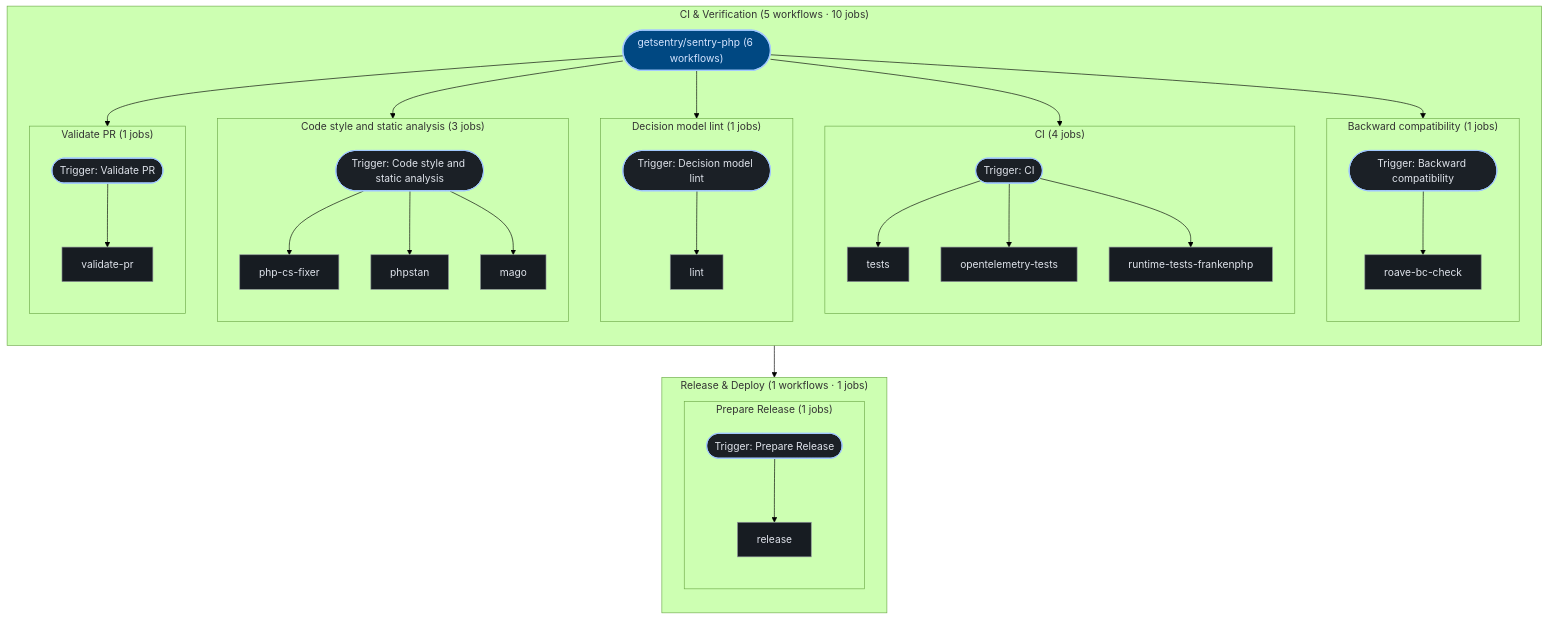
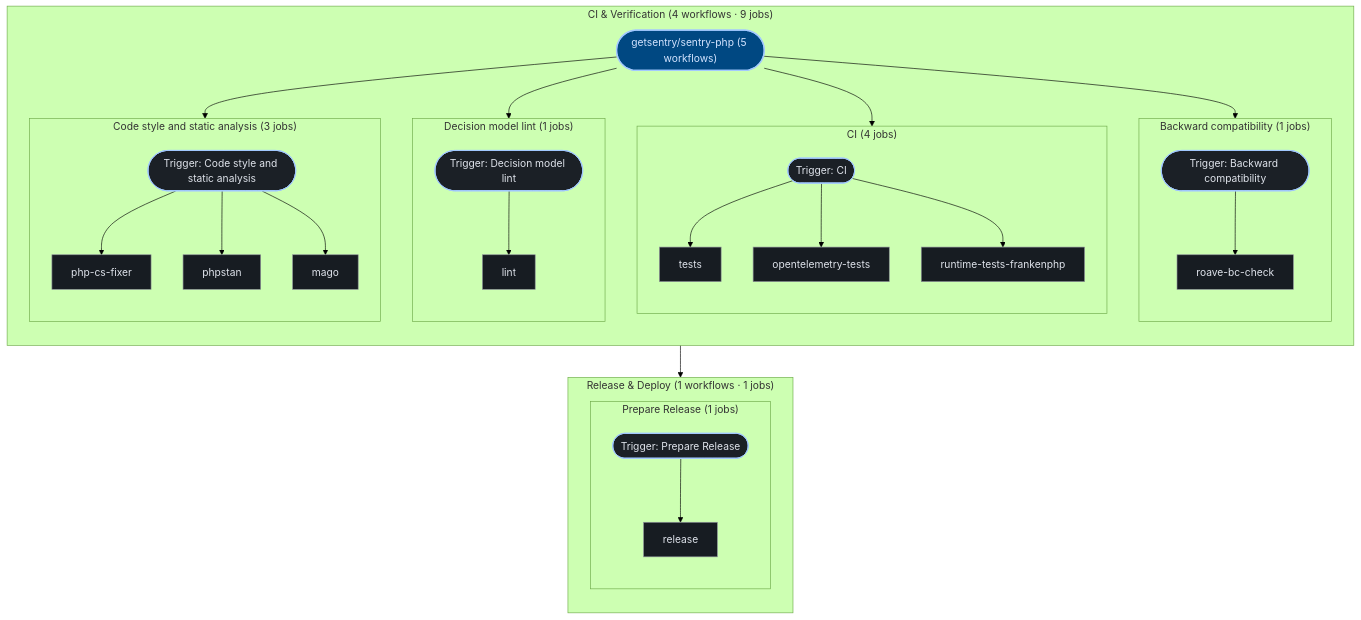
One commit to kumarshaz/atruss-code-atlas changed the third of 3 diagrams in exports/latest/reports/getsentry-sentry-php-report.md. Above: the diagram before and after it, drawn with Mermaid (forest theme). The commit also changed other lines of this file and 1613 other files, not shown here.

````diff
--- a/exports/latest/reports/getsentry-sentry-php-report.md
+++ b/exports/latest/reports/getsentry-sentry-php-report.md
@@ -222,67 +253,61 @@
 ```mermaid
 graph TD;
+  %% title: CI/CD Pipeline Topology — getsentry/sentry-php
   classDef atlasRoot fill:#004882,stroke:#a3c9ff,stroke-width:2px,color:#d3e4ff
   classDef atlasCategory fill:#212428,stroke:#E87A48,stroke-width:1.5px,color:#dfe3eb
   classDef atlasWorkflow fill:#1b2026,stroke:#a3c9ff,stroke-width:1.5px,color:#dfe3eb
   classDef atlasJob fill:#171c22,stroke:#8d9199,stroke-width:1px,color:#dfe3eb
   classDef atlasTarget fill:#005227,stroke:#8bd99b,stroke-width:1.5px,color:#a7f6b6
   classDef atlasAlert fill:#93000a,stroke:#ffb4ab,stroke-width:1.5px,color:#ffdad6
   classDef atlasMore fill:#252a31,stroke:#8d9199,stroke-dasharray:4 4,color:#c3c6cf
-  pipeline_root(["getsentry/sentry-php (6 workflows)"]):::atlasRoot
-  subgraph sg_grp_0_CI___Verification["CI & Verification (5 workflows · 10 jobs)"]
+  pipeline_root(["getsentry/sentry-php (5 workflows)"]):::atlasRoot
+  subgraph sg_grp_0_CI___Verification["CI & Verification (4 workflows · 9 jobs)"]
     direction TB
     subgraph sg_wf_0_Backward_compatibility["Backward compatibility (1 jobs)"]
       direction TB
       wf_0_Backward_compatibility(["Trigger: Backward compatibility"]):::atlasWorkflow
       job_0_roave_bc_check["roave-bc-check"]:::atlasJob
       wf_0_Backward_compatibility --> job_0_roave_bc_check
     end
     pipeline_root --> wf_0_Backward_compatibility
     subgraph sg_wf_1_CI["CI (4 jobs)"]
       direction TB
       wf_1_CI(["Trigger: CI"]):::atlasWorkflow
       job_1_tests["tests"]:::atlasJob
       job_1_opentelemetry_tests["opentelemetry-tests"]:::atlasJob
       job_1_runtime_tests_frankenphp["runtime-tests-frankenphp"]:::atlasJob
       wf_1_CI --> job_1_tests
       wf_1_CI --> job_1_opentelemetry_tests
       wf_1_CI --> job_1_runtime_tests_frankenphp
     end
     pipeline_root --> wf_1_CI
     subgraph sg_wf_2_Decision_model_lint["Decision model lint (1 jobs)"]
       direction TB
       wf_2_Decision_model_lint(["Trigger: Decision model lint"]):::atlasWorkflow
       job_2_lint["lint"]:::atlasJob
       wf_2_Decision_model_lint --> job_2_lint
     end
     pipeline_root --> wf_2_Decision_model_lint
     subgraph sg_wf_4_Code_style_and_static_analysis["Code style and static analysis (3 jobs)"]
       direction TB
       wf_4_Code_style_and_static_analysis(["Trigger: Code style and static analysis"]):::atlasWorkflow
       job_4_php_cs_fixer["php-cs-fixer"]:::atlasJob
       job_4_phpstan["phpstan"]:::atlasJob
       job_4_mago["mago"]:::atlasJob
       wf_4_Code_style_and_static_analysis --> job_4_php_cs_fixer
       wf_4_Code_style_and_static_analysis --> job_4_phpstan
       wf_4_Code_style_and_static_analysis --> job_4_mago
     end
     pipeline_root --> wf_4_Code_style_and_static_analysis
-    subgraph sg_wf_5_Validate_PR["Validate PR (1 jobs)"]
-      direction TB
-      wf_5_Validate_PR(["Trigger: Validate PR"]):::atlasWorkflow
-      job_5_validate_pr["validate-pr"]:::atlasJob
-      wf_5_Validate_PR --> job_5_validate_pr
-    end
-    pipeline_root --> wf_5_Validate_PR
   end
   subgraph sg_grp_1_Release___Deploy["Release & Deploy (1 workflows · 1 jobs)"]
     direction TB
     subgraph sg_wf_3_Prepare_Release["Prepare Release (1 jobs)"]
       direction TB
       wf_3_Prepare_Release(["Trigger: Prepare Release"]):::atlasWorkflow
       job_3_release["release"]:::atlasJob
       wf_3_Prepare_Release --> job_3_release
     end
     pipeline_root --> wf_3_Prepare_Release
   end
 ```
````
